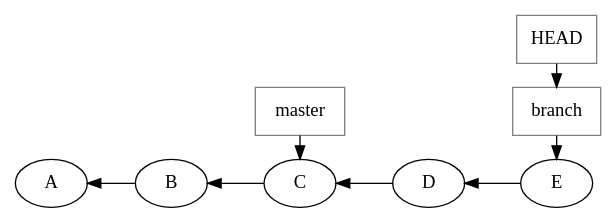
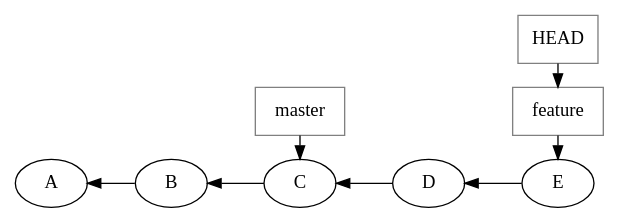
One commit to maartenberg/gitgud changed the diagram in graphs/branching6.gv. Above: the diagram before and after it, drawn with Graphviz. The commit also changed 20 other files, not shown here.

```diff
--- a/graphs/branching6.gv
+++ b/graphs/branching6.gv
@@ -1,14 +1,14 @@
 digraph repo {
 	rankdir="RL";
 	C -> B;
 	B -> A;
 	D -> C;
 	E -> D;
 	node [rank=3,shape=box, color=grey] master;
-	node [rank=3,shape=box, color=grey] branch;
+	node [rank=3,shape=box, color=grey] feature;
 	master -> C;
-	HEAD -> branch;
-	branch -> E;
+	HEAD -> feature;
+	feature -> E;
 	{ rank = same; C; master;}
-	{ rank = same; E; branch;HEAD;}
+	{ rank = same; E; feature;HEAD;}
 }
```
